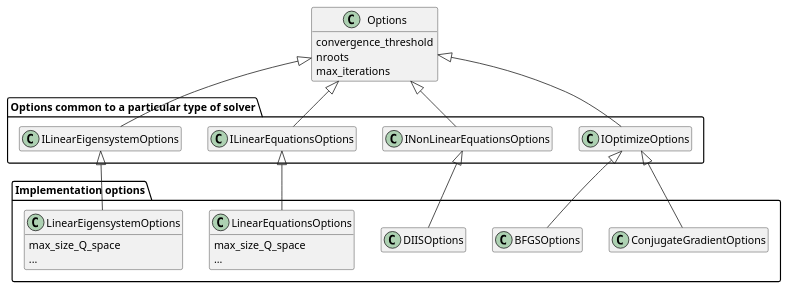
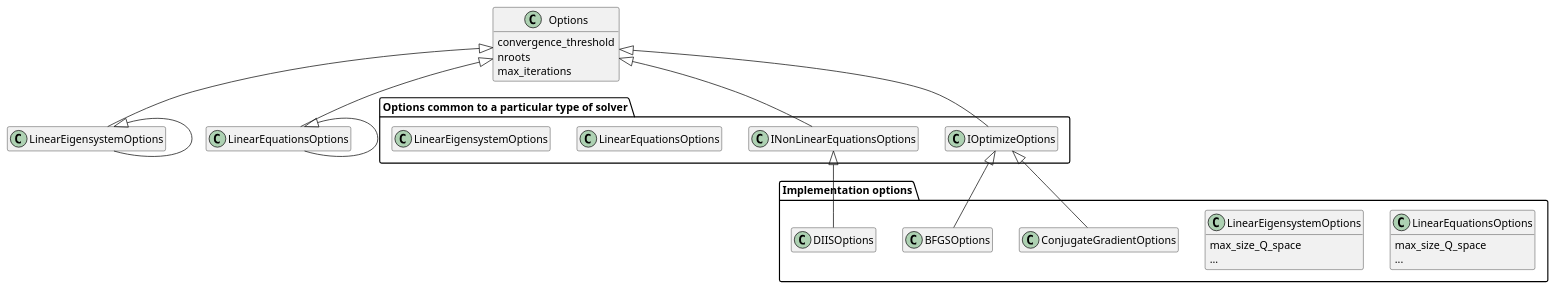
The diagram in doc/images/options.plantuml (pjknowles/iterative-solver), drawn with PlantUML before and after one commit. The commit also changed 23 other files, not shown here.

First line of the commit message:
Rename ILinearEigensystem -> LinearEigensystem and the other three, to be more intelligible to a user

```diff
--- a/doc/images/options.plantuml
+++ b/doc/images/options.plantuml
@@ -1,39 +1,39 @@
 @startuml
 class Options{
 convergence_threshold
 nroots
 max_iterations
 }
 package "Options common to a particular type of solver"{
 class IOptimizeOptions
 class INonLinearEquationsOptions
-class ILinearEquationsOptions
-class ILinearEigensystemOptions
+class LinearEquationsOptions
+class LinearEigensystemOptions
 }
 
 package "Implementation options"{
 class LinearEquationsOptions{
 max_size_Q_space
 ...
 }
 class LinearEigensystemOptions{
 max_size_Q_space
 ...
 }
 class DIISOptions
 class BFGSOptions
 class ConjugateGradientOptions
 }
 
 hide empty methods
 hide empty fields
-Options <|-- ILinearEigensystemOptions
-Options <|-- ILinearEquationsOptions
+Options <|-- LinearEigensystemOptions
+Options <|-- LinearEquationsOptions
 Options <|-- INonLinearEquationsOptions
 Options <|-- IOptimizeOptions
-ILinearEigensystemOptions ^-- LinearEigensystemOptions
-ILinearEquationsOptions ^-- LinearEquationsOptions
+LinearEigensystemOptions ^-- LinearEigensystemOptions
+LinearEquationsOptions ^-- LinearEquationsOptions
 INonLinearEquationsOptions ^-- DIISOptions
 IOptimizeOptions ^-- BFGSOptions
 IOptimizeOptions ^-- ConjugateGradientOptions
 @enduml
```
